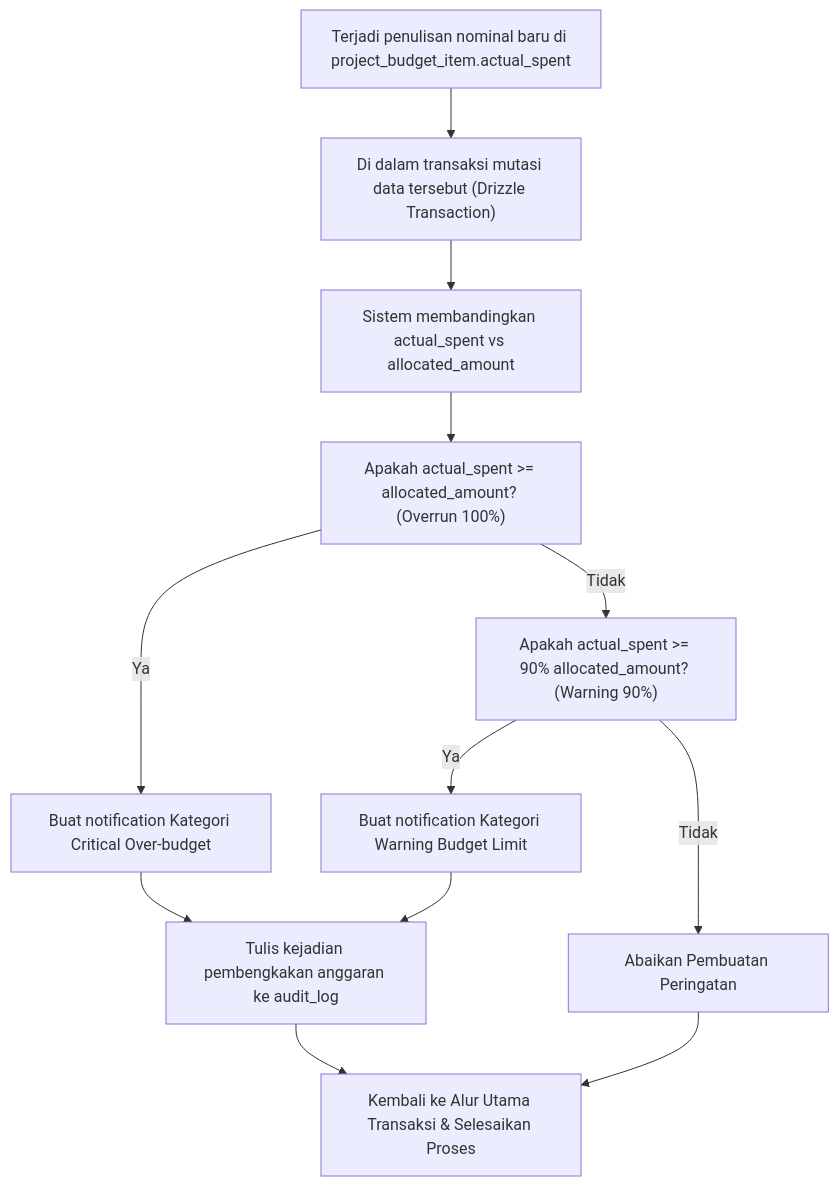
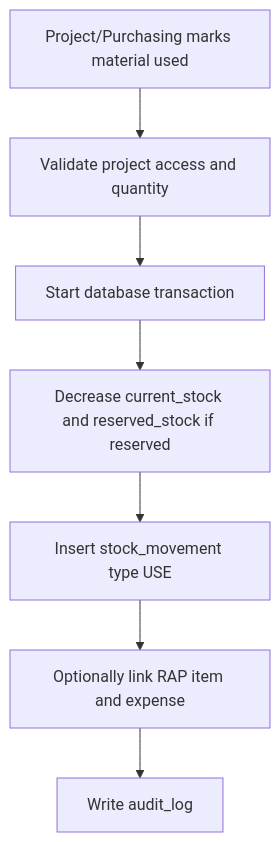
The ninth of 13 diagrams in docs/03-flows/FLOWS.md (LibranRst/atria-erp), drawn with Mermaid before and after one commit. The commit also changed other lines of this file and 453 other files, not shown here.

````diff
--- a/docs/03-flows/FLOWS.md
+++ b/docs/03-flows/FLOWS.md
@@ -551,14 +122,9 @@
 ```mermaid
-graph TD
-    A["Terjadi penulisan nominal baru di project_budget_item.actual_spent"] --> B["Di dalam transaksi mutasi data tersebut (Drizzle Transaction)"]
-    B --> C["Sistem membandingkan actual_spent vs allocated_amount"]
-    C --> D["Apakah actual_spent >= allocated_amount? (Overrun 100%)"]
-    D -- "Ya" --> E["Buat notification Kategori Critical Over-budget"]
-    D -- "Tidak" --> F["Apakah actual_spent >= 90% allocated_amount? (Warning 90%)"]
-    F -- "Ya" --> G["Buat notification Kategori Warning Budget Limit"]
-    F -- "Tidak" --> H["Abaikan Pembuatan Peringatan"]
-    E --> I["Tulis kejadian pembengkakan anggaran ke audit_log"]
-    G --> I
-    I --> J["Kembali ke Alur Utama Transaksi & Selesaikan Proses"]
-    H --> J
+flowchart TD
+  A["Project/Purchasing marks material used"] --> B["Validate project access and quantity"]
+  B --> C["Start database transaction"]
+  C --> D["Decrease current_stock and reserved_stock if reserved"]
+  D --> E["Insert stock_movement type USE"]
+  E --> F["Optionally link RAP item and expense"]
+  F --> G["Write audit_log"]
 ```
````
